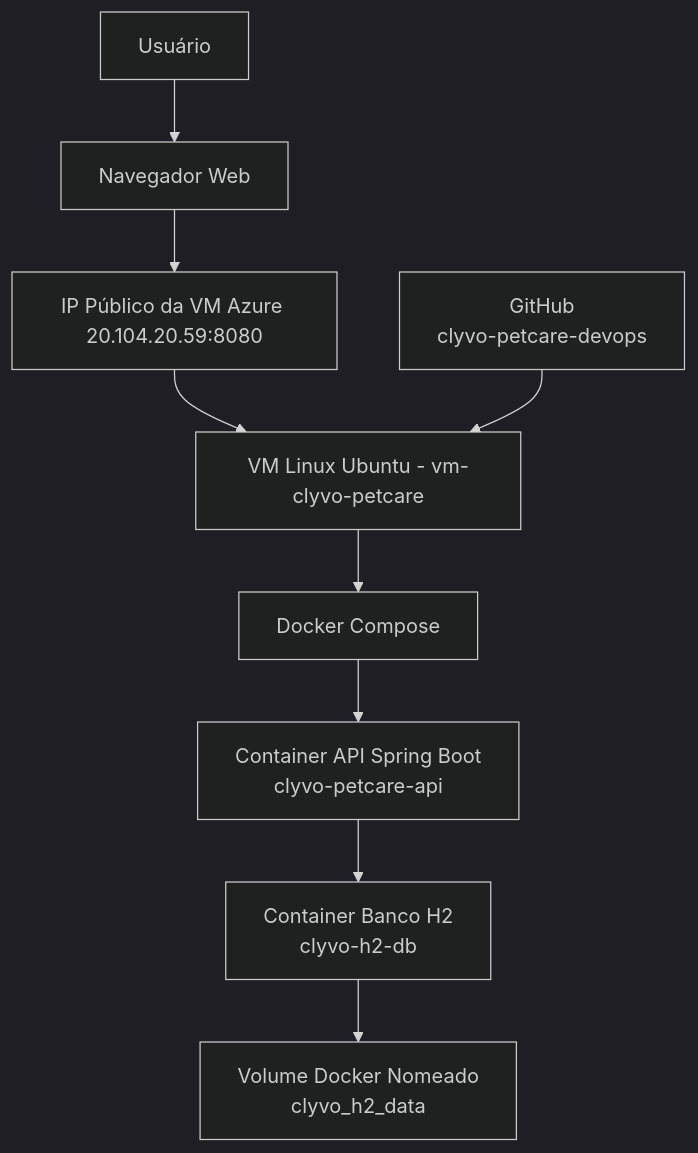
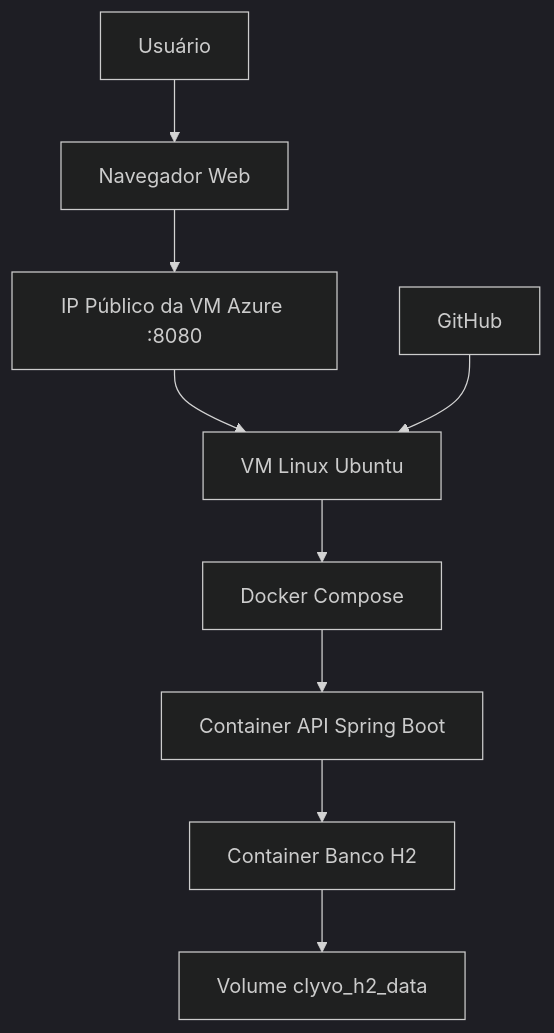
One commit to Permagnani/clyvo-petcare-devops changed the diagram in README.MD. Above: the diagram before and after it, drawn with Mermaid (dark theme). The commit also changed other lines of this file, not shown here.

````diff
--- a/README.MD
+++ b/README.MD
@@ -9,12 +31,11 @@
 ```mermaid
 flowchart TD
     A[Usuário] --> B[Navegador Web]
-    B --> C[IP Público da VM Azure 20.104.20.59:8080]
-    C --> D[VM Linux Ubuntu - vm-clyvo-petcare]
+    B --> C[IP Público da VM Azure :8080]
+    C --> D[VM Linux Ubuntu]
     D --> E[Docker Compose]
-    E --> F[Container API Spring Boot<br/>clyvo-petcare-api]
-    F --> G[Container Banco H2<br/>clyvo-h2-db]
-    G --> H[Volume Docker Nomeado<br/>clyvo_h2_data]
-
-    I[GitHub<br/>clyvo-petcare-devops] --> D
+    E --> F[Container API Spring Boot]
+    F --> G[Container Banco H2]
+    G --> H[Volume clyvo_h2_data]
+    I[GitHub] --> D
 ```
````
